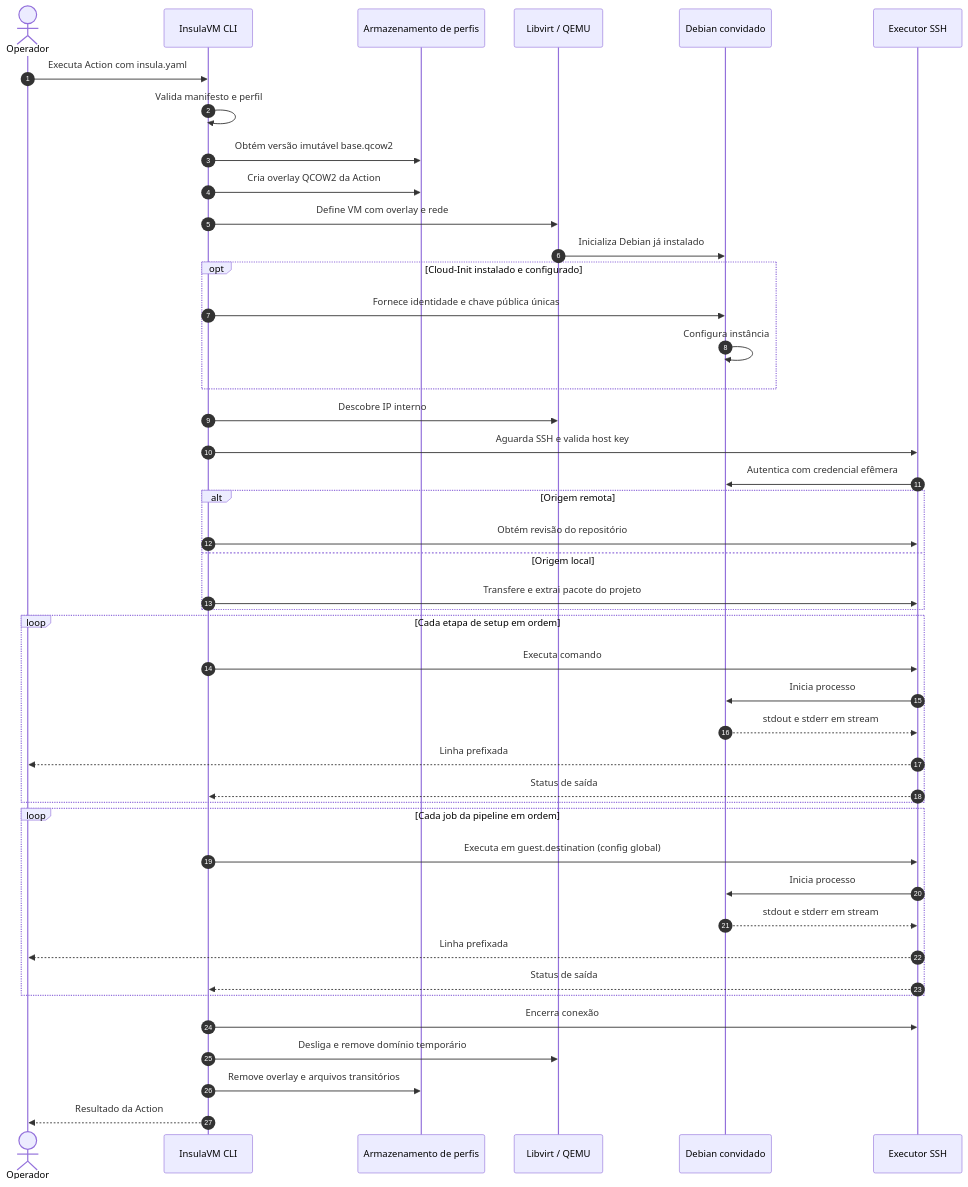
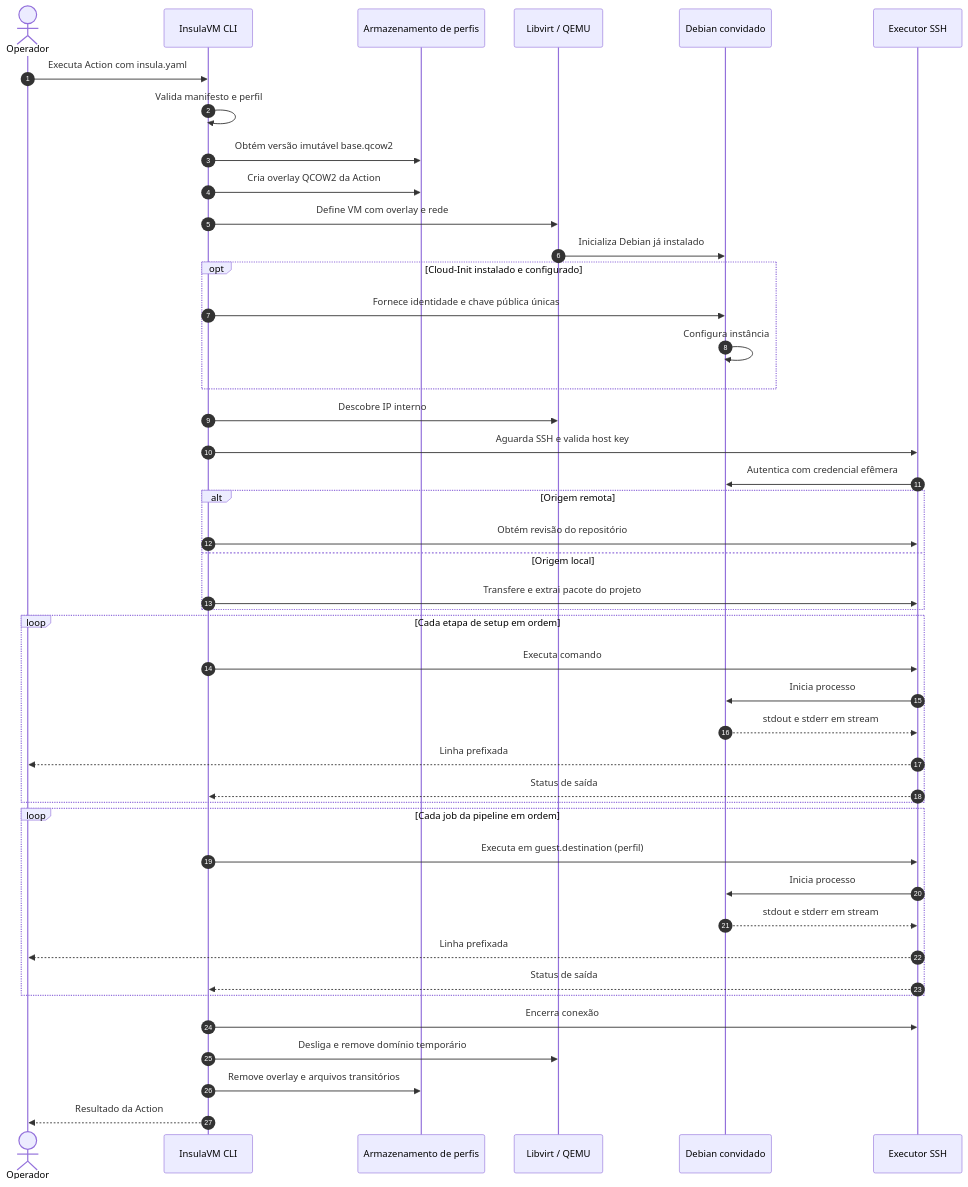
The diagram in docs/fluxos/FLUX-001-execucao-manifesto.md (ahhvahh/InsulaVM), drawn with Mermaid before and after one commit. The commit also changed other lines of this file and 36 other files, not shown here.

````diff
--- a/docs/fluxos/FLUX-001-execucao-manifesto.md
+++ b/docs/fluxos/FLUX-001-execucao-manifesto.md
@@ -31,46 +31,46 @@
 ```mermaid
 sequenceDiagram
     autonumber
     actor O as Operador
     participant C as InsulaVM CLI
     participant P as Armazenamento de perfis
     participant V as Libvirt / QEMU
     participant D as Debian convidado
     participant S as Executor SSH
     O->>C: Executa Action com insula.yaml
     C->>C: Valida manifesto e perfil
     C->>P: Obtém versão imutável base.qcow2
     C->>P: Cria overlay QCOW2 da Action
     C->>V: Define VM com overlay e rede
     V->>D: Inicializa Debian já instalado
     opt Cloud-Init instalado e configurado
         C->>D: Fornece identidade e chave pública únicas
         D->>D: Configura instância
     end
     C->>V: Descobre IP interno
     C->>S: Aguarda SSH e valida host key
     S->>D: Autentica com credencial efêmera
     alt Origem remota
         C->>S: Obtém revisão do repositório
     else Origem local
         C->>S: Transfere e extrai pacote do projeto
     end
     loop Cada etapa de setup em ordem
         C->>S: Executa comando
         S->>D: Inicia processo
         D-->>S: stdout e stderr em stream
         S-->>O: Linha prefixada
         S-->>C: Status de saída
     end
     loop Cada job da pipeline em ordem
-        C->>S: Executa em guest.destination (config global)
+        C->>S: Executa em guest.destination (perfil)
         S->>D: Inicia processo
         D-->>S: stdout e stderr em stream
         S-->>O: Linha prefixada
         S-->>C: Status de saída
     end
     C->>S: Encerra conexão
     C->>V: Desliga e remove domínio temporário
     C->>P: Remove overlay e arquivos transitórios
     C-->>O: Resultado da Action
 ```
````
